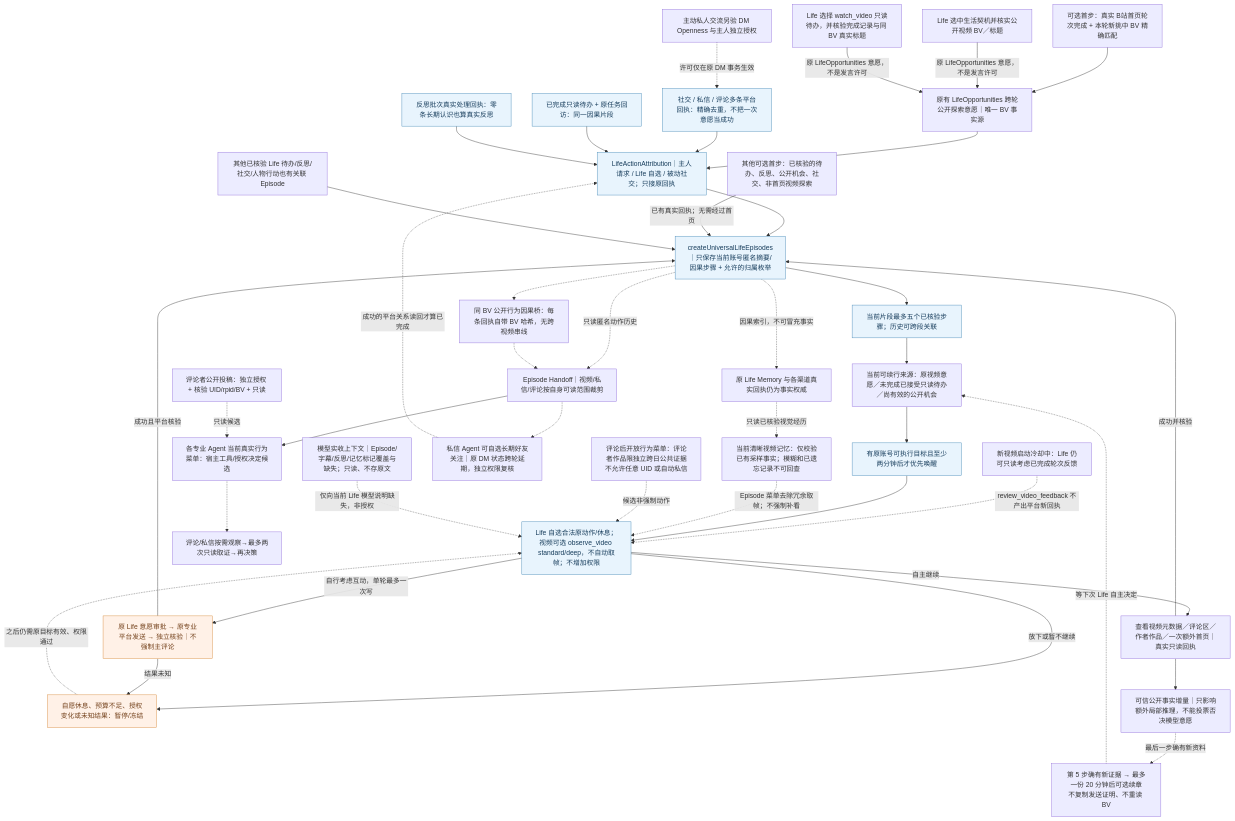
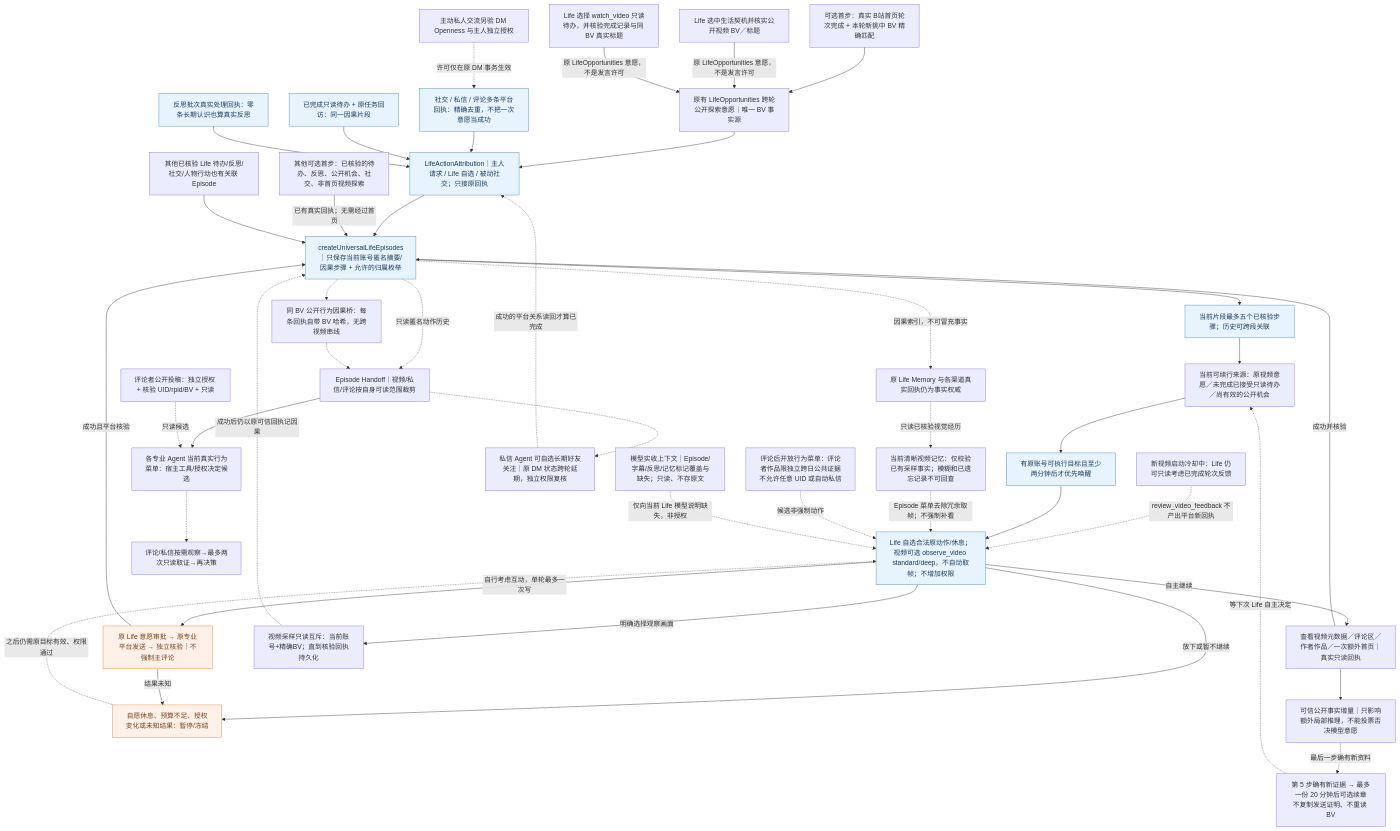
The diagram in docs/architecture/diagrams/life-universal-episodes-current.mmd (minedalang/dsh-dafeiyu-life), drawn with Mermaid before and after one commit. The commit also changed 16 other files, not shown here.

First line of the commit message:
fix(life): dev.7 避免跨进程重复识图与过期防重

```diff
--- a/docs/architecture/diagrams/life-universal-episodes-current.mmd
+++ b/docs/architecture/diagrams/life-universal-episodes-current.mmd
@@ -1,125 +1,130 @@
+%% 2.8.2-dev.7：Life 完整视觉采样在账号/BV 上跨进程互斥，回执持久化前不放锁；短期账本不覆盖记忆遗忘，长期依据仅当前清晰记忆。
 %% 2.8.2-dev.6：原 B站读预算与通知网络退避仅生成按账号状态的只读诊断；无新预算、无重试调度或 Life 决策权。
 %% 2.8.2-dev.5：Episode 识图前复用当前账号仍清晰的已核验视觉记忆；采样时间间隔仅表示证据缺口，不代表连续观看。
 %% 2.8.2-dev.4：仅当前账号/清晰记忆的精确来源只读追溯；未来浅深分层记忆仍为未实施提案。
 %% 2.8.2-dev.3：Episode/视觉证据提供脱敏缺失说明；字幕只标原文字符范围；Reflection 节选禁止独立生成事实；记忆只标未入模数量。
 %% 2.8.2-dev.2：选中 BV 仅核实元数据；取帧必须由 Life 续行明确选择 observe_video 和深度，受原账号/视觉/证据门禁约束。
 %% dev.12：重复读取抑制额外模型唤醒，五步上限只保存一次未来自愿续章
 %% dev.10：视频 Episode 已选择的写操作与社交共用 FIFO 资格；不重复意愿模型。
 %% dev.74：评论区的自然熟悉度不形成主动私信资格，Episode 不赋予新权限。
 %% dev.73：普通自主 Life 最短间隔不再由 2 分钟经验/片段续接绕过；真实入站社交独立快唤醒。
 %% 管理页只读并列展示线索、契机与待办；Life 已批准不等于平台送达，待回执不能标为中断。
 %% dev.37 统一归属 + dev.36 Universal Episode：有意义的自主动作共享因果归属，不改变原平台授权
 flowchart TB
   child["可选首步：真实 B站首页轮次完成 + 本轮新挑中 BV 精确匹配"]
   firstOther["其他可选首步：已核验的待办、反思、公开机会、社交、非首页视频探索"]
   eligible["当前可续行来源：原视频意愿／未完成已接受只读待办／尚有效的公开机会"]
   canonical["原有 LifeOpportunities 跨轮公开探索意愿｜唯一 BV 事实源"]
   attribution["LifeActionAttribution｜主人请求 / Life 自选 / 被动社交；只接原回执"]
   socialReceipt["社交 / 私信 / 评论多条平台回执：精确去重，不把一次意愿当成功"]
   socialContact["主动私人交流另验 DM Openness 与主人独立授权"]
   todoReceipt["已完成只读待办 + 原任务回访：同一因果片段"]
   reflectionReceipt["反思批次真实处理回执：零条长期认识也算真实反思"]
   videoFeedback["新视频启动冷却中：Life 仍可只读考虑已完成轮次反馈"]
   record["createUniversalLifeEpisodes｜只保存当前账号匿名摘要/因果步骤 + 允许的归属枚举"]
   context["当前片段最多五个已核验步骤；历史可跨段关联"]
   due["有原账号可执行目标且至少两分钟后才优先唤醒"]
   menu["Life 自选合法原动作/休息；视频可选 observe_video standard/deep，不自动取帧；不增加权限"]
   read["查看视频元数据／评论区／作者作品／一次额外首页｜真实只读回执"]
   write["原 Life 意愿审批 → 原专业平台发送 → 独立核验｜不强制主评论"]
   pause["自愿休息、预算不足、授权变化或未知结果：暂停/冻结"]
   other["其他已核验 Life 待办/反思/社交/人物行动也有关联 Episode"]
   memory["原 Life Memory 与各渠道真实回执仍为事实权威"]
   child --> canonical --> attribution --> record
   socialContact -.->|许可仅在原 DM 事务生效| socialReceipt
   socialReceipt --> attribution
   todoReceipt --> attribution
   reflectionReceipt --> attribution
   firstOther -->|已有真实回执；无需经过首页| record
   opportunityEntry["Life 选中生活契机并核实公开视频 BV／标题"]
   todoVideoEntry["Life 选择 watch_video 只读待办，并核验完成记录与同 BV 真实标题"]
   opportunityEntry -->|原 LifeOpportunities 意愿，不是发言许可| canonical
   todoVideoEntry -->|原 LifeOpportunities 意愿，不是发言许可| canonical
   videoFeedback -.->|review_video_feedback 不产出平台新回执| menu
   record --> context --> eligible --> due --> menu
   menu -->|自主继续| read -->|成功并核验| record
+  visualLease["视频采样只读互斥：当前账号+精确BV；直到核验回执持久化"]
+  menu -->|明确选择观察画面| visualLease
+  visualLease -.->|成功后仍以原可信回执记因果| record
+  %% @code visualLease | lib/life-planner-atomic.mjs | export async function withLifeVideoVisualLease
   menu -->|自行考虑互动，单轮最多一次写| write -->|成功且平台核验| record
   menu -->|放下或暂不继续| pause
   write -->|结果未知| pause
   other --> record
   record -.->|因果索引，不可冒充事实| memory
   rememberedVisual["当前清晰视频记忆：仅校验已有采样事实；模糊和已遗忘记录不可回查"]
   memory -.->|只读已核验视觉经历| rememberedVisual
   rememberedVisual -.->|Episode 菜单去除冗余取帧；不强制补看| menu
   pause -.->|之后仍需原目标有效、权限通过| menu
   classDef safe fill:#e8f4fd,stroke:#4689b6,color:#173d5c
   classDef caveat fill:#fff1e7,stroke:#d68a3c,color:#74421c
   class record,context,menu,due,attribution,socialReceipt,todoReceipt,reflectionReceipt safe
   class pause,write caveat
 
 %% @code child | index.js | const episode=lifeOpportunities.beginHomeExploration
 %% @code canonical | lib/life-opportunities.mjs | const continuations=
 %% @code firstOther | lib/autonomous-planner.mjs | const good=new Map([
 %% @code eligible | lib/life-episode-entrypoints.mjs | export function eligibleLifeEpisodeSources
 %% @code record | lib/life-universal-episodes.mjs | export function createUniversalLifeEpisodes
 %% @code context | lib/life-universal-episodes.mjs | const view=e=>
 %% @code due | lib/life-universal-episodes.mjs | const due=(
 %% @code menu | lib/autonomous-planner.mjs | action:'resume_episode'
 %% @code read | lib/autonomous-planner.mjs | const continueLifeRead=async
 %% @code write | lib/life-video-action-bridge.mjs | createLifeVideoActionBridge
 %% @code pause | lib/life-universal-episodes.mjs | const pauseLatest=(
 %% @code other | index.js | onEpisodeAction:proof=>universalLifeEpisodes.record(proof)
 %% @code memory | lib/life-memory-coordinator.mjs | createLifeMemoryCoordinator
 
 %% @code attribution | lib/life-action-attribution.mjs | export function createLifeActionAttribution
 %% @code socialReceipt | lib/life-willingness.mjs | const exact=typeof receiptId
 %% @code todoReceipt | index.js | sourceRef:'todo:'+original.id
 %% @code reflectionReceipt | lib/life-reflection.mjs | result.receiptId=receiptId
 
 %% @code videoFeedback | lib/autonomous-planner.mjs | action:'review_video_feedback'
 
 %% dev.38 专业 Agent 局部决策复用同账号匿名因果摘要；Episode 没有发送权。
 subagentHandoff["Episode Handoff｜视频/私信/评论按自身可读范围裁剪"]
 subagentFollow["私信 Agent 可自选长期好友关注｜原 DM 状态跨轮延期，独立权限复核"]
 record -.->|只读匿名动作历史| subagentHandoff
 subagentHandoff -.-> subagentFollow
 subagentFollow -.->|成功的平台关系读回才算已完成| attribution
 %% @code subagentHandoff | lib/life-subagent-continuity.mjs | export function lifeSubagentHandoff
 %% @code subagentFollow | lib/dm-autoreply.mjs | pending.status='reserved'
 
 %% dev.40: every verified BV public action is anchored on ITS OWN step, never the whole episode.
 publicStepBridge["同 BV 公开行为因果桥：每条回执自带 BV 哈希，无跨视频串线"]
 professionalMenu["各专业 Agent 当前真实行为菜单：宿主工具/授权决定候选"]
 commentObservation["评论/私信按需观察→最多两次只读取证→再决策"]
 commentPublicPerson["评论者公开投稿：独立授权 + 核验 UID/rpid/BV + 只读"]
 record -.-> publicStepBridge -.-> subagentHandoff
 subagentHandoff --> professionalMenu
 commentPublicPerson -.->|只读候选| professionalMenu
 professionalMenu -.-> commentObservation
 %% @code publicStepBridge | lib/life-universal-episodes.mjs | const publicVideoState=bvid=>
 %% @code professionalMenu | lib/life-subagent-continuity.mjs | export function subagentActionMenu
 %% @code commentObservation | lib/interaction-batch.mjs | for(let pass=0;pass<2;pass++){
 %% @code commentPublicPerson | lib/life-public-capabilities.mjs | export async function readVerifiedCommenterPublicVideos
 
 %% @code socialContact | lib/life-friend-initiatives.mjs | const outboundEnabled=
 
 %% @code opportunityEntry | lib/life-opportunities.mjs | const beginInspectedOpportunity=
 %% @code todoVideoEntry | lib/life-opportunities.mjs | const beginCompletedVideoTodo=
 
 %% dev.12: non-repeating LOCAL consideration and an optional bounded future chapter.
 novelRead["可信公开事实增量｜只影响额外局部推理，不能投票否决模型意愿"]
 optionalChapter["第 5 步确有新证据 → 最多一份 20 分钟后可选续章
 不复制发送证明、不重读 BV"]
 commenterChoice["评论后开放行为菜单：评论者作品限独立跨日公共证据
 不允许任意 UID 或自动私信"]
 read --> novelRead
 novelRead -.->|最后一步确有新资料| optionalChapter
 optionalChapter -.->|等下次 Life 自主决定| eligible
 commenterChoice -.->|候选非强制动作| menu
 %% @code novelRead | lib/life-episode-value.mjs | export function verifiedEpisodeYield
 %% @code optionalChapter | lib/life-opportunities.mjs | const carryNewEvidence=
 %% @code commenterChoice | lib/life-continuation.mjs | inspect_commenter_works
 %% 2.8.2 PR-1A: bounded *prompt-only* context delivery; never a permission,
 %% receipt, memory fact or autonomous decision. The original Life route stays.
 contextDelivery282["模型实收上下文｜Episode/字幕/反思/记忆标记覆盖与缺失；只读、不存原文"]
 contextDelivery282 -.->|仅向当前 Life 模型说明缺失，非授权| menu
 %% @code contextDelivery282 | lib/context-delivery.mjs | export function deliverJsonContext
```
